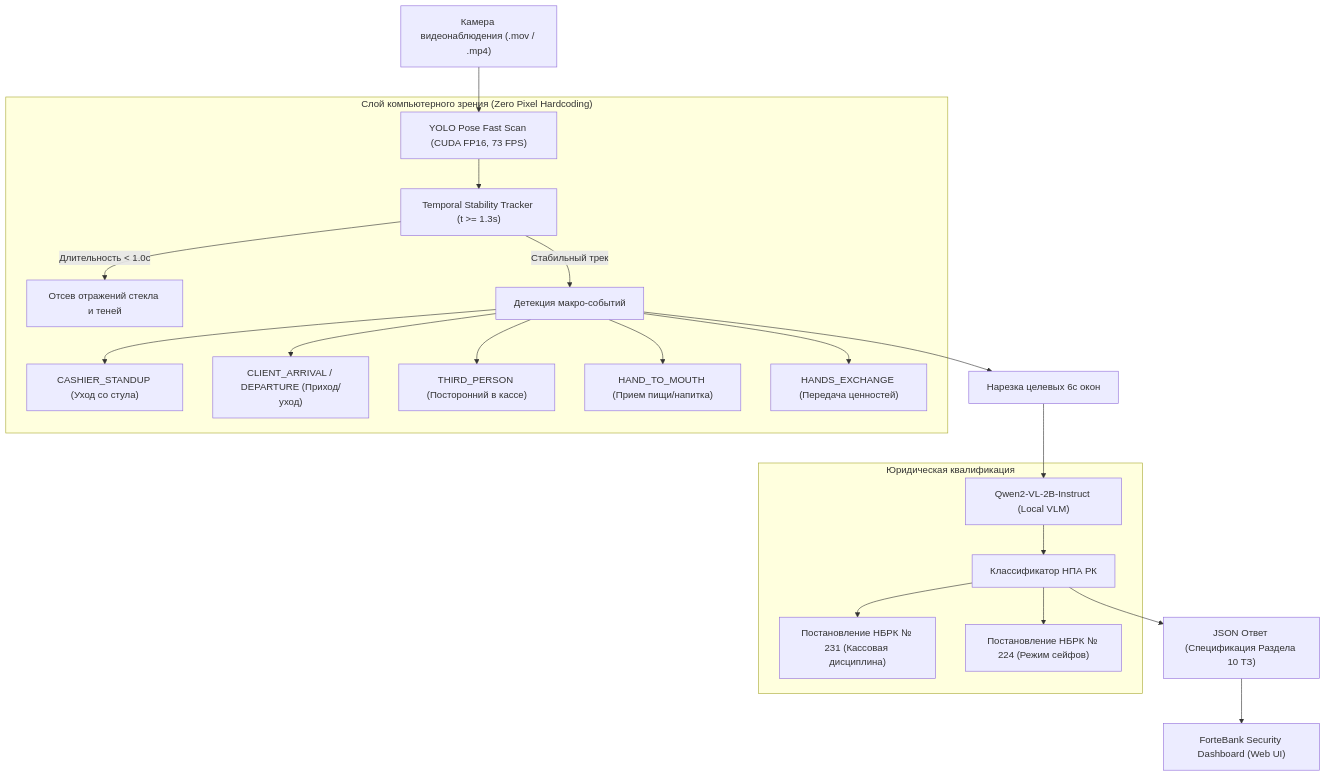
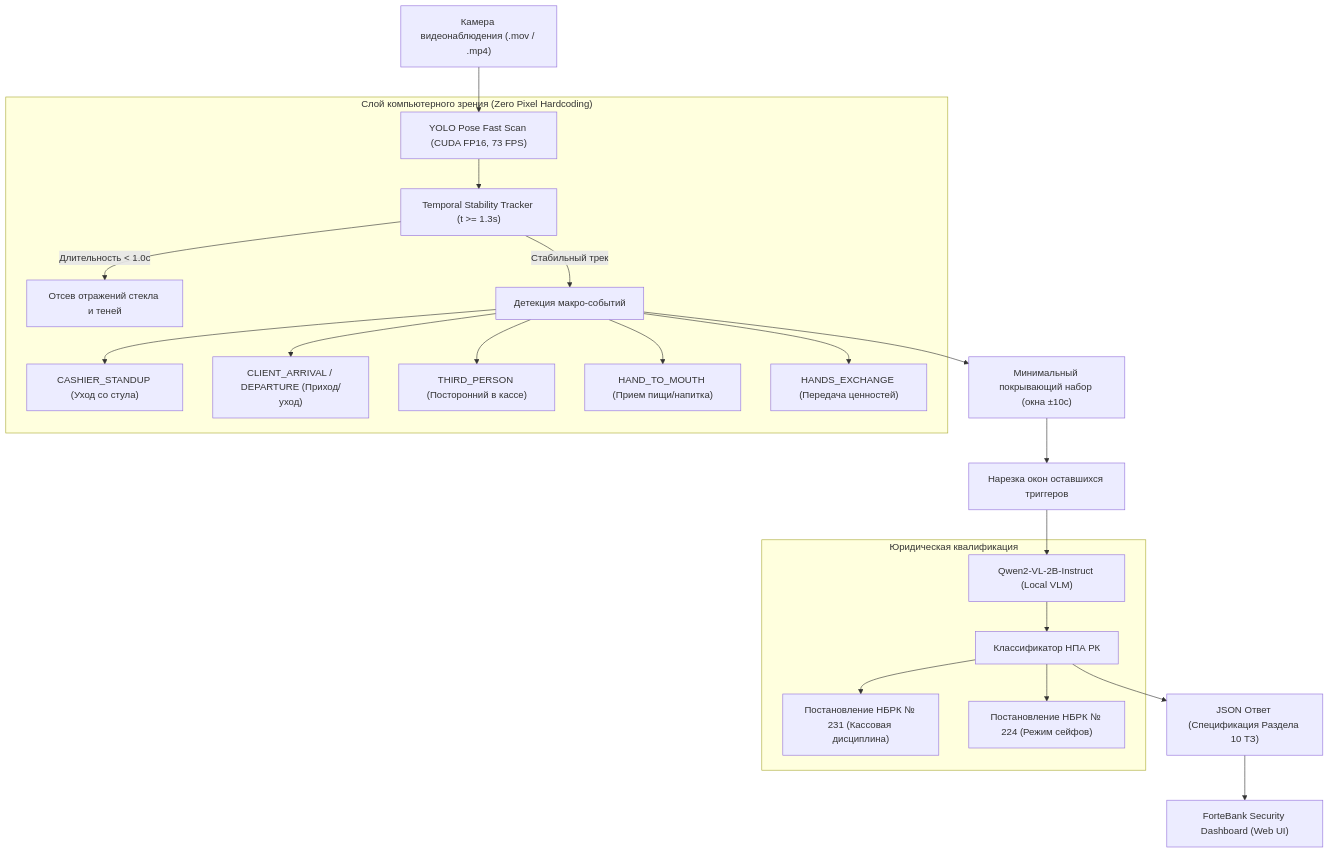
Before and after one commit to yerarassyl/fortebank-cashdesk-ai: the diagram in README.md, drawn with Mermaid. The commit also changed other lines of this file and 4 other files, not shown here.

````diff
--- a/README.md
+++ b/README.md
@@ -56,27 +57,28 @@
 ```mermaid
 flowchart TD
     VideoInput["Камера видеонаблюдения (.mov / .mp4)"] --> CVScan["YOLO Pose Fast Scan (CUDA FP16, 73 FPS)"]
     
     subgraph CV["Слой компьютерного зрения (Zero Pixel Hardcoding)"]
         CVScan --> Tracker["Temporal Stability Tracker (t >= 1.3s)"]
         Tracker -- "Длительность < 1.0с" --> DropNoise["Отсев отражений стекла и теней"]
         Tracker -- "Стабильный трек" --> MacroEvents["Детекция макро-событий"]
         MacroEvents --> Trig1["CASHIER_STANDUP (Уход со стула)"]
         MacroEvents --> Trig2["CLIENT_ARRIVAL / DEPARTURE (Приход/уход)"]
         MacroEvents --> Trig3["THIRD_PERSON (Посторонний в кассе)"]
         MacroEvents --> Trig4["HAND_TO_MOUTH (Прием пищи/напитка)"]
         MacroEvents --> Trig5["HANDS_EXCHANGE (Передача ценностей)"]
     end
     
-    MacroEvents --> TriggerWindow["Нарезка целевых 6с окон"]
+    MacroEvents --> CoverSelect["Минимальный покрывающий набор (окна ±10с)"]
+    CoverSelect --> TriggerWindow["Нарезка окон оставшихся триггеров"]
     TriggerWindow --> VLM["Qwen2-VL-2B-Instruct (Local VLM)"]
     
     subgraph Legal["Юридическая квалификация"]
         VLM --> LegalClassifier["Классификатор НПА РК"]
         LegalClassifier --> NBRK231["Постановление НБРК № 231 (Кассовая дисциплина)"]
         LegalClassifier --> NBRK224["Постановление НБРК № 224 (Режим сейфов)"]
     end
     
     LegalClassifier --> JSON["JSON Ответ (Спецификация Раздела 10 ТЗ)"]
     JSON --> WebUI["ForteBank Security Dashboard (Web UI)"]
 ```
````
